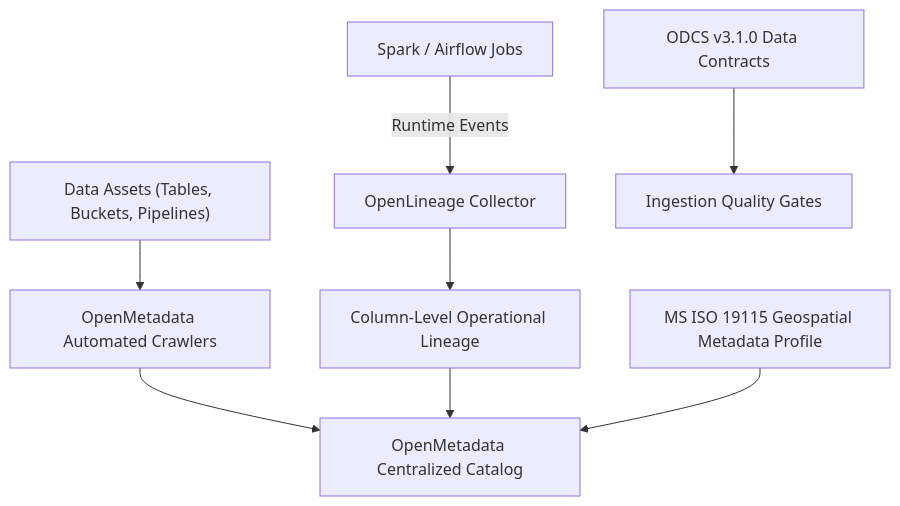
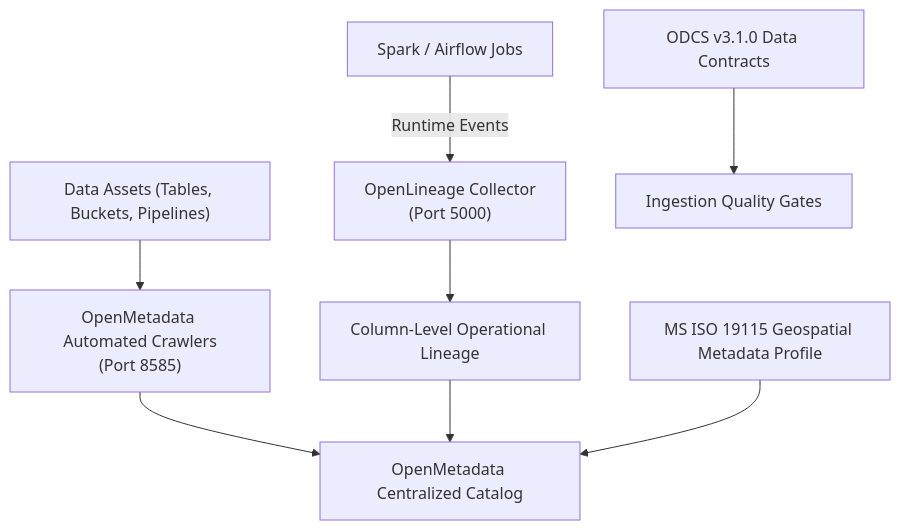
Before and after one commit to linuxmalaysia/bda-ai-infra: the diagram in openwiki/governance/governance-and-lineage.md, drawn with Mermaid. The commit also changed other lines of this file and 18 other files, not shown here.

Commit message:
feat: add dual-render diagram AI skill and refactor all existing diagrams

````diff
--- a/openwiki/governance/governance-and-lineage.md
+++ b/openwiki/governance/governance-and-lineage.md
@@ -22,10 +69,10 @@
 ```mermaid
 flowchart TD
-    Sources["Data Assets (Tables, Buckets, Pipelines)"] --> Crawlers["OpenMetadata Automated Crawlers"]
+    Sources["Data Assets (Tables, Buckets, Pipelines)"] --> Crawlers["OpenMetadata Automated Crawlers<br/>(Port 8585)"]
     Crawlers --> Catalog["OpenMetadata Centralized Catalog"]
-    SparkAirflow["Spark / Airflow Jobs"] -->|Runtime Events| OpenLineage["OpenLineage Collector"]
+    SparkAirflow["Spark / Airflow Jobs"] -->|"Runtime Events"| OpenLineage["OpenLineage Collector<br/>(Port 5000)"]
     OpenLineage --> LineageGraph["Column-Level Operational Lineage"]
     LineageGraph --> Catalog
     ODCS["ODCS v3.1.0 Data Contracts"] --> Validation["Ingestion Quality Gates"]
     ISO19115["MS ISO 19115 Geospatial Metadata Profile"] --> Catalog
 ```
````
